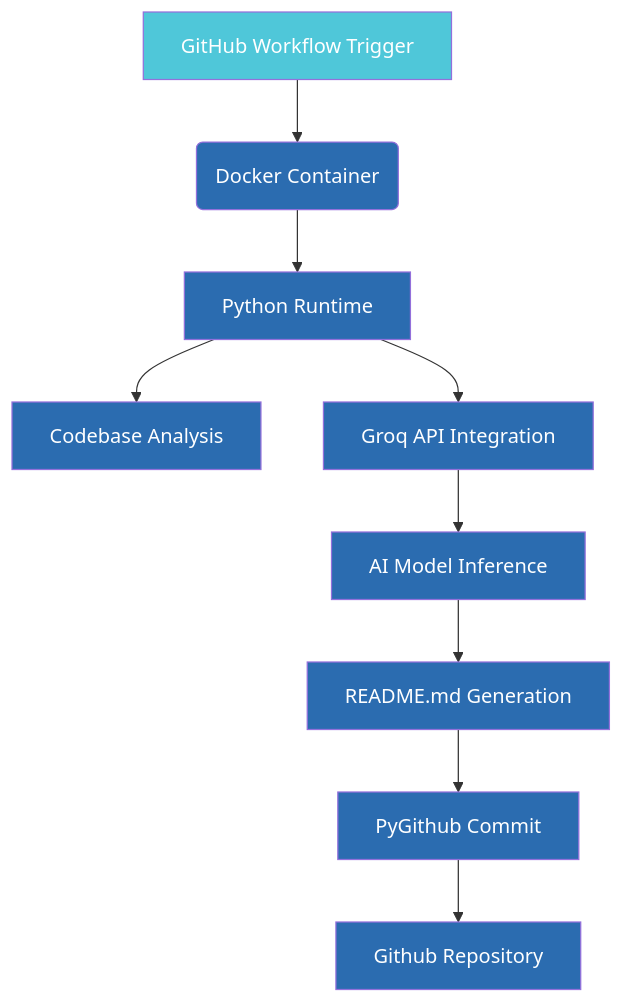
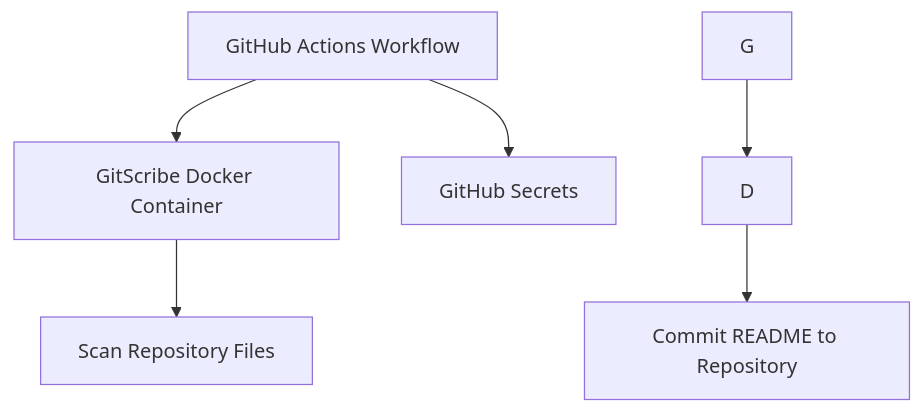
The diagram in README.md (tariqmahmoodde/GitScribe-AI), drawn with Mermaid before and after one commit. The commit also changed other lines of this file, not shown here.

Commit message:
docs: auto-generate README.md via GitScribe AI

````diff
--- a/README.md
+++ b/README.md
@@ -34,17 +26,8 @@
 ```mermaid
 graph TD
-    A[GitHub Workflow Trigger] --> B(Docker Container)
-    B --> C[Python Runtime]
-    C --> D[Codebase Analysis]
-    C --> E[Groq API Integration]
-    E --> F[AI Model Inference]
-    F --> G[README.md Generation]
-    G --> H[PyGithub Commit]
-    H --> I[Github Repository]
-    
-    classDef component fill:#2b6cb0,color:#fff;
-    classDef service fill:#4fc7d9,color:#fff;
-    
-    class B,C,D,E,F,G,H,I component
-    class A service
+    A[GitHub Actions Workflow] --> B[GitScribe Docker Container]
+    B --> C[Scan Repository Files]
+    D --> E[Commit README to Repository]
+    A --> F[GitHub Secrets]
+    G --> D
 ```
````
